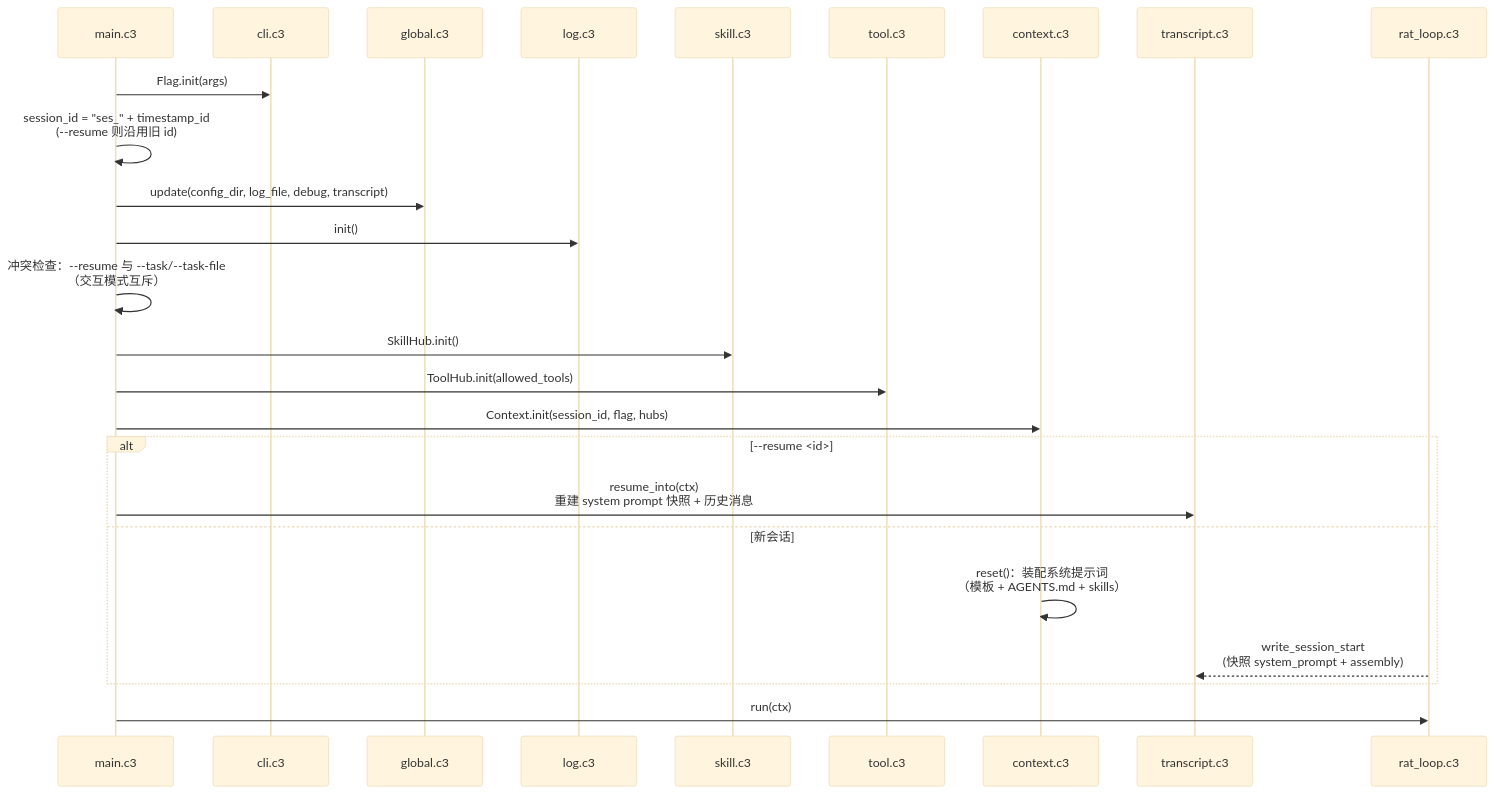
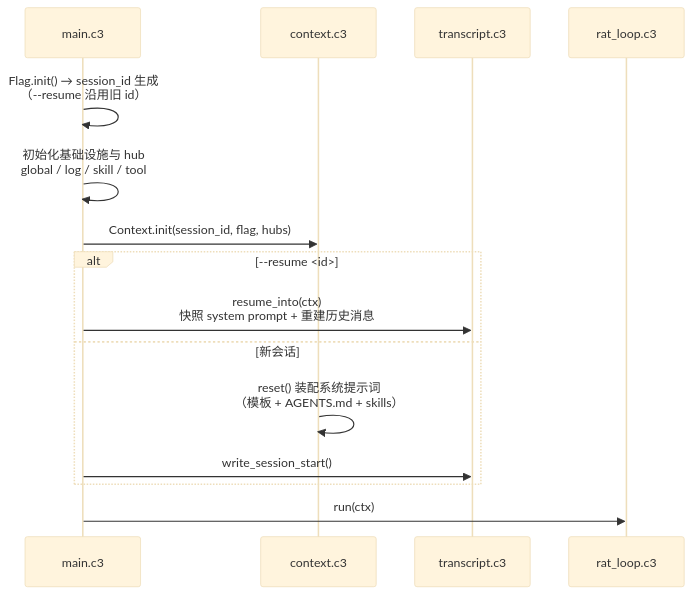
The second of 6 diagrams in docs/arch.md (yuekcc/mini-pi), drawn with Mermaid (base theme) before and after one commit. The commit also changed other lines of this file, not shown here.

````diff
--- a/docs/arch.md
+++ b/docs/arch.md
@@ -170,28 +134,18 @@
 ```mermaid
 sequenceDiagram
     participant main as main.c3
-    participant cli as cli.c3
-    participant g as global.c3
-    participant log as log.c3
-    participant skill as skill.c3
-    participant hub as tool.c3
     participant ctx as context.c3
     participant trans as transcript.c3
     participant rat as rat_loop.c3
 
-    main->>cli: Flag.init(args)
-    main->>main: session_id = "ses_" + timestamp_id<br/>(--resume 则沿用旧 id)
-    main->>g: update(config_dir, log_file, debug, transcript)
-    main->>log: init()
-    main->>main: 冲突检查：--resume 与 --task/--task-file<br/>（交互模式互斥）
-    main->>skill: SkillHub.init()
-    main->>hub: ToolHub.init(allowed_tools)
+    main->>main: Flag.init() → session_id 生成<br/>（--resume 沿用旧 id）
+    main->>main: 初始化基础设施与 hub<br/>global / log / skill / tool
     main->>ctx: Context.init(session_id, flag, hubs)
     alt --resume <id>
-        main->>trans: resume_into(ctx)<br/>重建 system prompt 快照 + 历史消息
+        main->>trans: resume_into(ctx)<br/>快照 system prompt + 重建历史消息
     else 新会话
-        ctx->>ctx: reset()：装配系统提示词<br/>（模板 + AGENTS.md + skills）
-        rat-->>trans: write_session_start<br/>(快照 system_prompt + assembly)
+        ctx->>ctx: reset() 装配系统提示词<br/>（模板 + AGENTS.md + skills）
+        main->>trans: write_session_start()
     end
     main->>rat: run(ctx)
 ```
````
